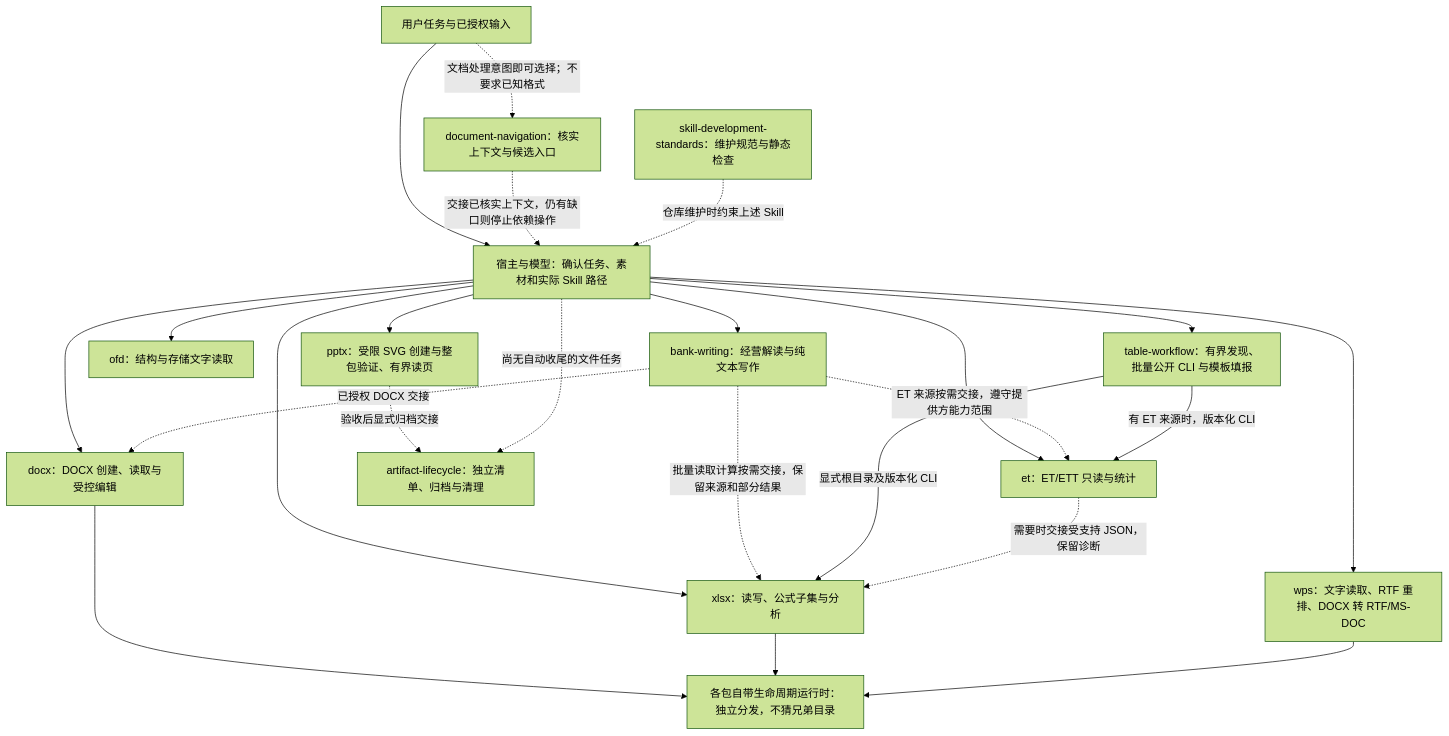
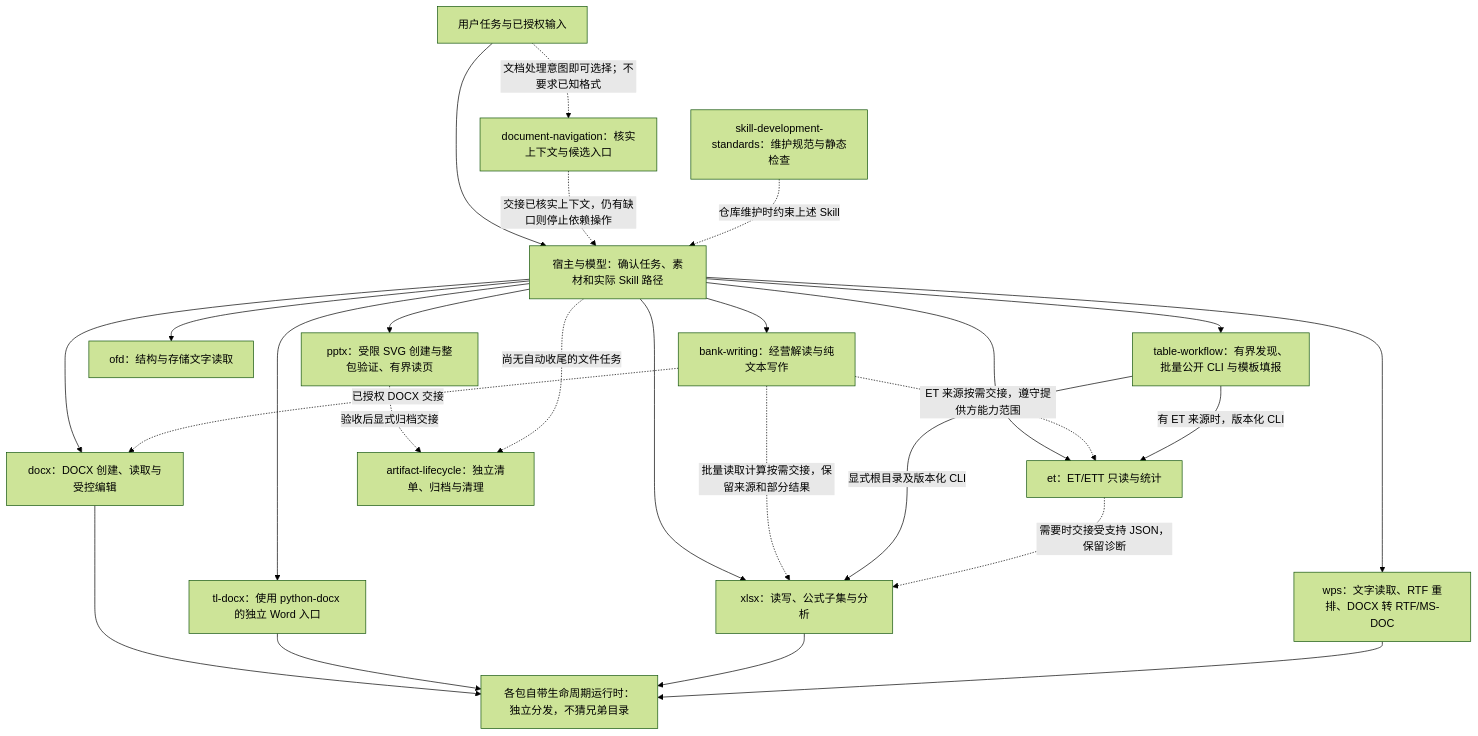
The first of 2 diagrams in docs/README.md (JohnParken/PSL-SKILLS), drawn with Mermaid (forest theme) before and after one commit. The commit also changed other lines of this file and 17 other files, not shown here.

````diff
--- a/docs/README.md
+++ b/docs/README.md
@@ -41,26 +46,28 @@
 ```mermaid
 flowchart TB
     U["用户任务与已授权输入"] --> H["宿主与模型：确认任务、素材和实际 Skill 路径"]
     U -.->|"文档处理意图即可选择；不要求已知格式"| N["document-navigation：核实上下文与候选入口"]
     N -.->|"交接已核实上下文，仍有缺口则停止依赖操作"| H
     H --> B["bank-writing：经营解读与纯文本写作"]
     H --> D["docx：DOCX 创建、读取与受控编辑"]
+    H --> TD["tl-docx：使用 python-docx 的独立 Word 入口"]
     H --> W["wps：文字读取、RTF 重排、DOCX 转 RTF/MS-DOC"]
     H --> X["xlsx：读写、公式子集与分析"]
     H --> E["et：ET/ETT 只读与统计"]
     H --> O["ofd：结构与存储文字读取"]
     H --> P["pptx：受限 SVG 创建与整包验证、有界读页"]
     H --> T["table-workflow：有界发现、批量公开 CLI 与模板填报"]
     B -.->|"已授权 DOCX 交接"| D
     B -.->|"批量读取计算按需交接，保留来源和部分结果"| X
     B -.->|"ET 来源按需交接，遵守提供方能力范围"| E
     T -->|"显式根目录及版本化 CLI"| X
     T -->|"有 ET 来源时，版本化 CLI"| E
     E -.->|"需要时交接受支持 JSON，保留诊断"| X
     P -.->|"验收后显式归档交接"| L["artifact-lifecycle：独立清单、归档与清理"]
     H -.->|"尚无自动收尾的文件任务"| L
     D --> R["各包自带生命周期运行时：独立分发，不猜兄弟目录"]
+    TD --> R
     X --> R
     W --> R
     S["skill-development-standards：维护规范与静态检查"] -.->|"仓库维护时约束上述 Skill"| H
 ```
````
